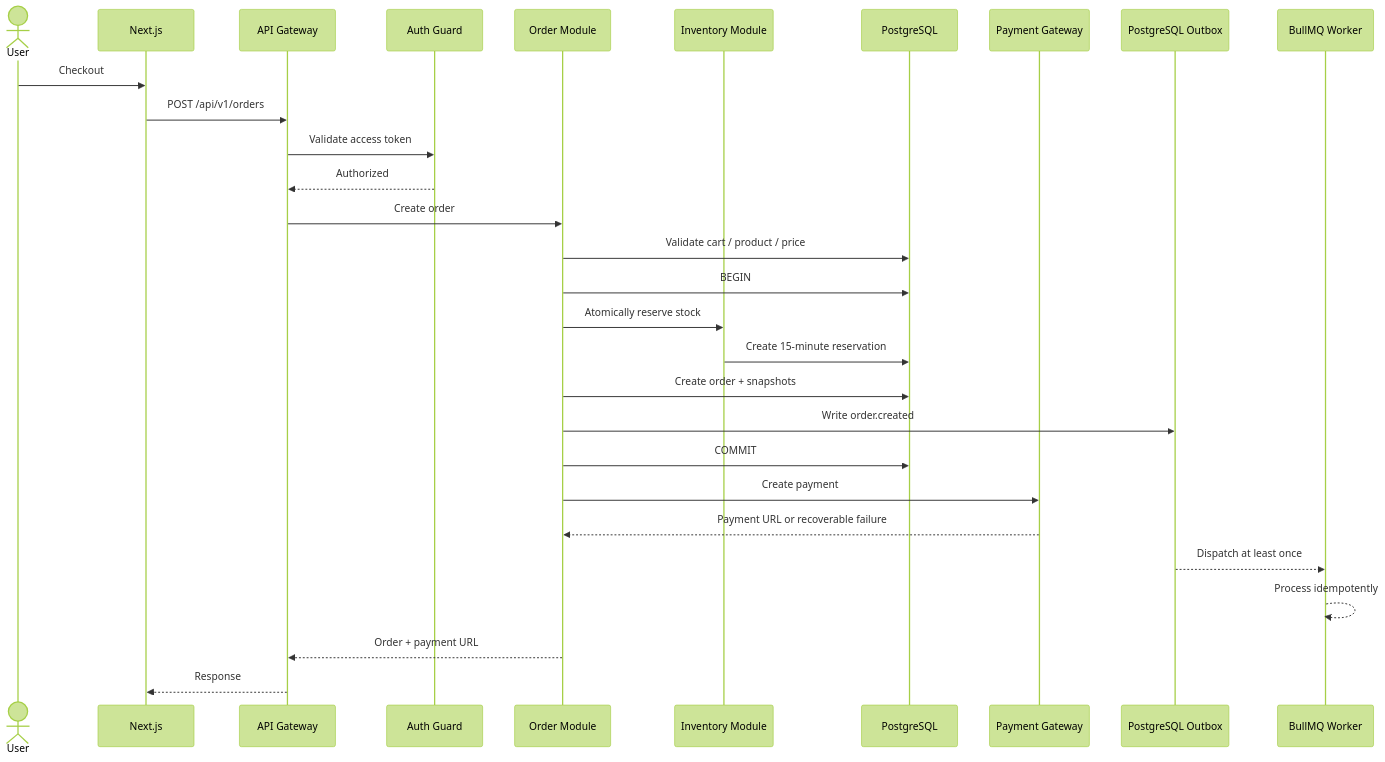
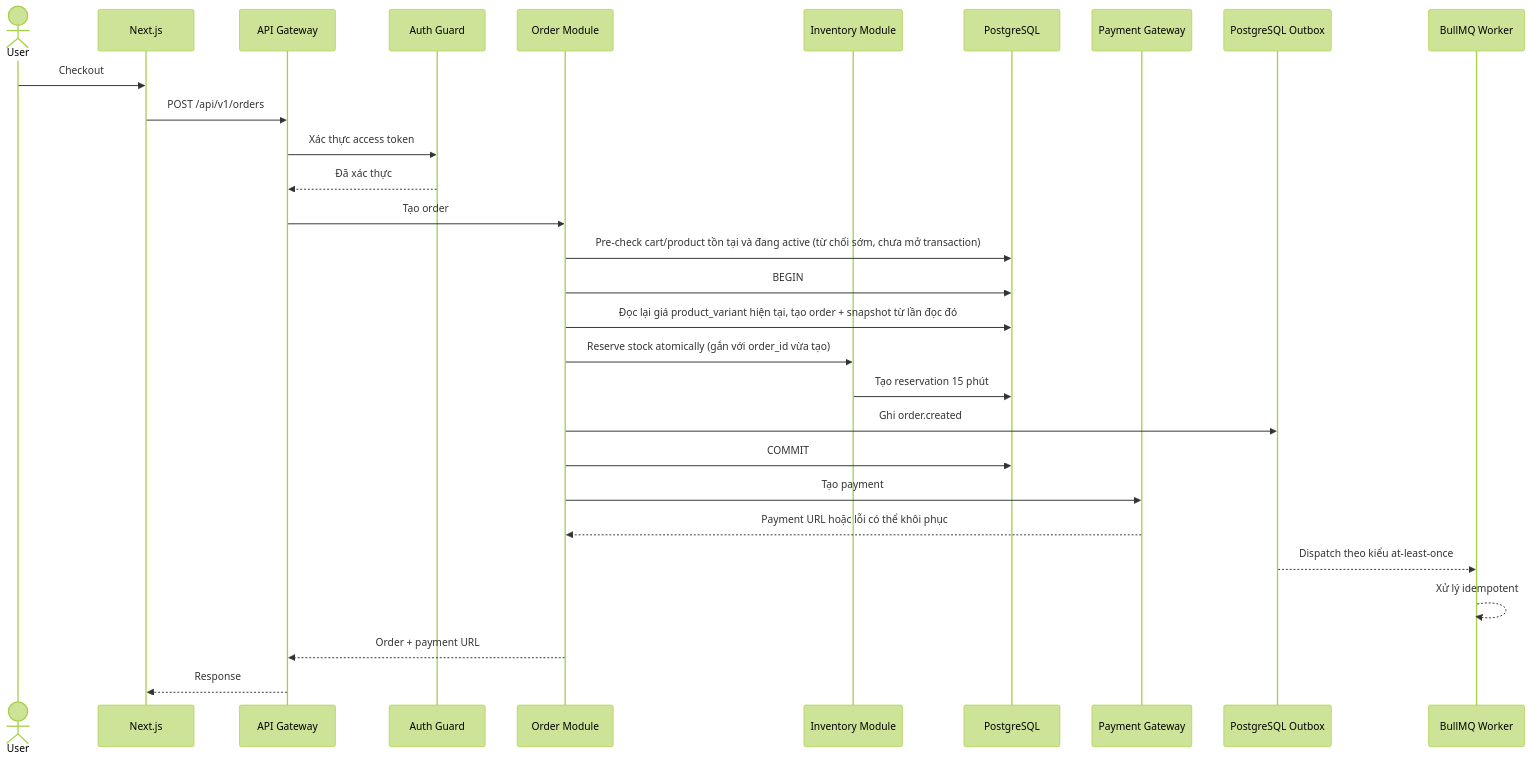
One commit to LuongCongThanh/be-demo changed the fifth of 16 diagrams in doc/ecommerce-backend-architecture-system-design-2.md. Above: the diagram before and after it, drawn with Mermaid (forest theme). The commit also changed other lines of this file and 9 other files, not shown here.

````diff
--- a/doc/ecommerce-backend-architecture-system-design-2.md
+++ b/doc/ecommerce-backend-architecture-system-design-2.md
@@ -498,37 +466,37 @@
 ```mermaid
 sequenceDiagram
     actor User
     participant Client as Next.js
     participant Gateway as API Gateway
     participant Auth as Auth Guard
     participant Order as Order Module
     participant Inventory as Inventory Module
     participant DB as PostgreSQL
     participant Payment as Payment Gateway
     participant Outbox as PostgreSQL Outbox
     participant Queue as BullMQ Worker
 
     User->>Client: Checkout
     Client->>Gateway: POST /api/v1/orders
-    Gateway->>Auth: Validate access token
-    Auth-->>Gateway: Authorized
+    Gateway->>Auth: Xác thực access token
+    Auth-->>Gateway: Đã xác thực
 
-    Gateway->>Order: Create order
-    Order->>DB: Validate cart / product / price
+    Gateway->>Order: Tạo order
+    Order->>DB: Pre-check cart/product tồn tại và đang active (từ chối sớm, chưa mở transaction)
 
     Order->>DB: BEGIN
-    Order->>Inventory: Atomically reserve stock
-    Inventory->>DB: Create 15-minute reservation
-    Order->>DB: Create order + snapshots
-    Order->>Outbox: Write order.created
+    Order->>DB: Đọc lại giá product_variant hiện tại, tạo order + snapshot từ lần đọc đó
+    Order->>Inventory: Reserve stock atomically (gắn với order_id vừa tạo)
+    Inventory->>DB: Tạo reservation 15 phút
+    Order->>Outbox: Ghi order.created
     Order->>DB: COMMIT
 
-    Order->>Payment: Create payment
-    Payment-->>Order: Payment URL or recoverable failure
+    Order->>Payment: Tạo payment
+    Payment-->>Order: Payment URL hoặc lỗi có thể khôi phục
 
-    Outbox-->>Queue: Dispatch at least once
-    Queue-->>Queue: Process idempotently
+    Outbox-->>Queue: Dispatch theo kiểu at-least-once
+    Queue-->>Queue: Xử lý idempotent
 
     Order-->>Gateway: Order + payment URL
     Gateway-->>Client: Response
 ```
````
